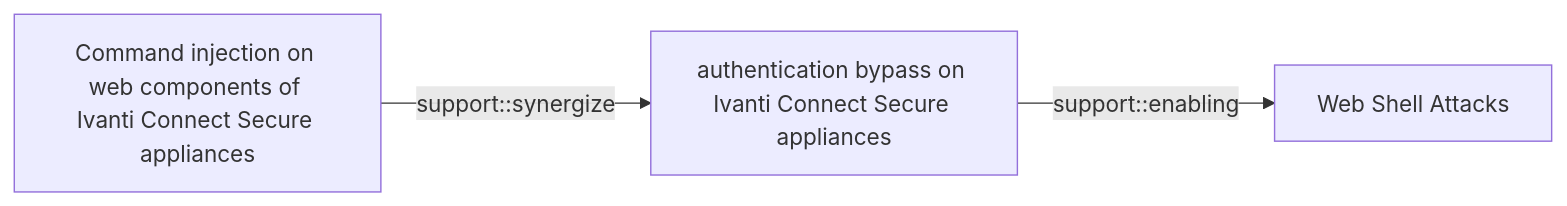
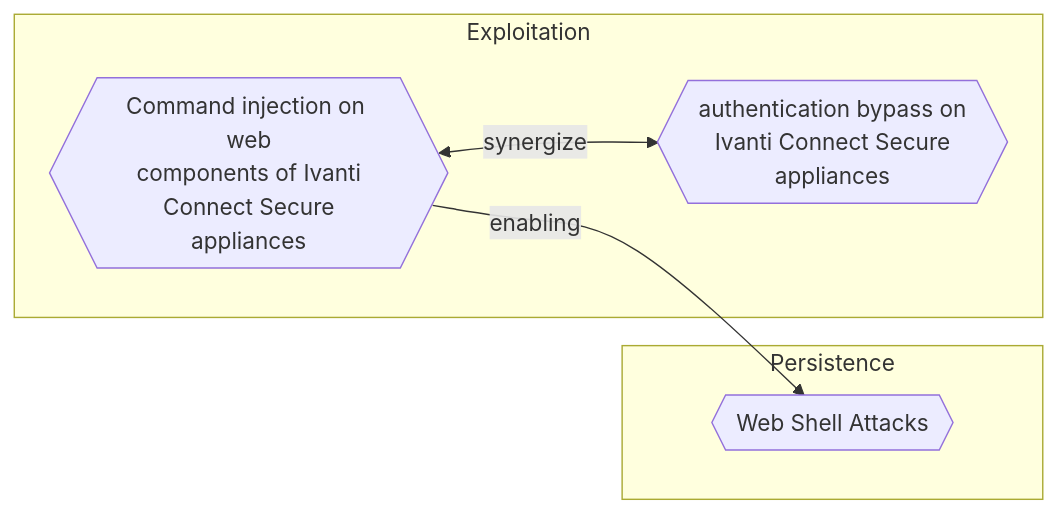
The diagram in docs/threats/command-injection-on-web-components-of-ivanti-connect-secure-appliances.md (opentidehq/library), drawn with Mermaid before and after one commit. The commit also changed other lines of this file and 540 other files, not shown here.

````diff
--- a/docs/threats/command-injection-on-web-components-of-ivanti-connect-secure-appliances.md
+++ b/docs/threats/command-injection-on-web-components-of-ivanti-connect-secure-appliances.md
@@ -81,8 +87,12 @@
 ```mermaid
 flowchart LR
-4b1c47ee_f45a_4b89_98e7_e943bcd5dd19["Command injection on web components of Ivanti Connect Secure appliances"]
-810057c6_cb84_41e4_add4_ae56b52c8ab7["authentication bypass on Ivanti Connect Secure appliances"]
-4d6104e3_10d4_4a12_b081_d937df848891["Web Shell Attacks"]
-4b1c47ee_f45a_4b89_98e7_e943bcd5dd19 -->|support::synergize| 810057c6_cb84_41e4_add4_ae56b52c8ab7
-810057c6_cb84_41e4_add4_ae56b52c8ab7 -->|support::enabling| 4d6104e3_10d4_4a12_b081_d937df848891
+subgraph "Exploitation"
+4b1c47ee_f45a_4b89_98e7_e943bcd5dd19{{"Command injection on web<br>components of Ivanti<br>Connect Secure<br>appliances"}}
+810057c6_cb84_41e4_add4_ae56b52c8ab7{{"authentication bypass on<br>Ivanti Connect Secure<br>appliances"}}
+end
+subgraph "Persistence"
+4d6104e3_10d4_4a12_b081_d937df848891{{"Web Shell Attacks"}}
+end
+4b1c47ee_f45a_4b89_98e7_e943bcd5dd19 <-->|synergize| 810057c6_cb84_41e4_add4_ae56b52c8ab7
+4b1c47ee_f45a_4b89_98e7_e943bcd5dd19 -->|enabling| 4d6104e3_10d4_4a12_b081_d937df848891
 ```
````
